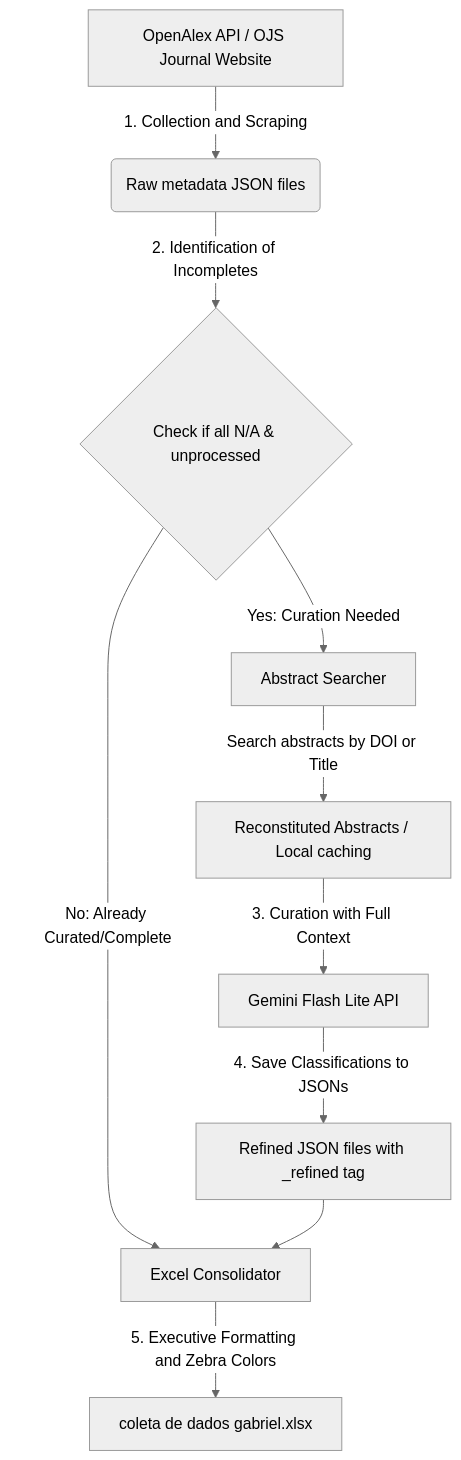
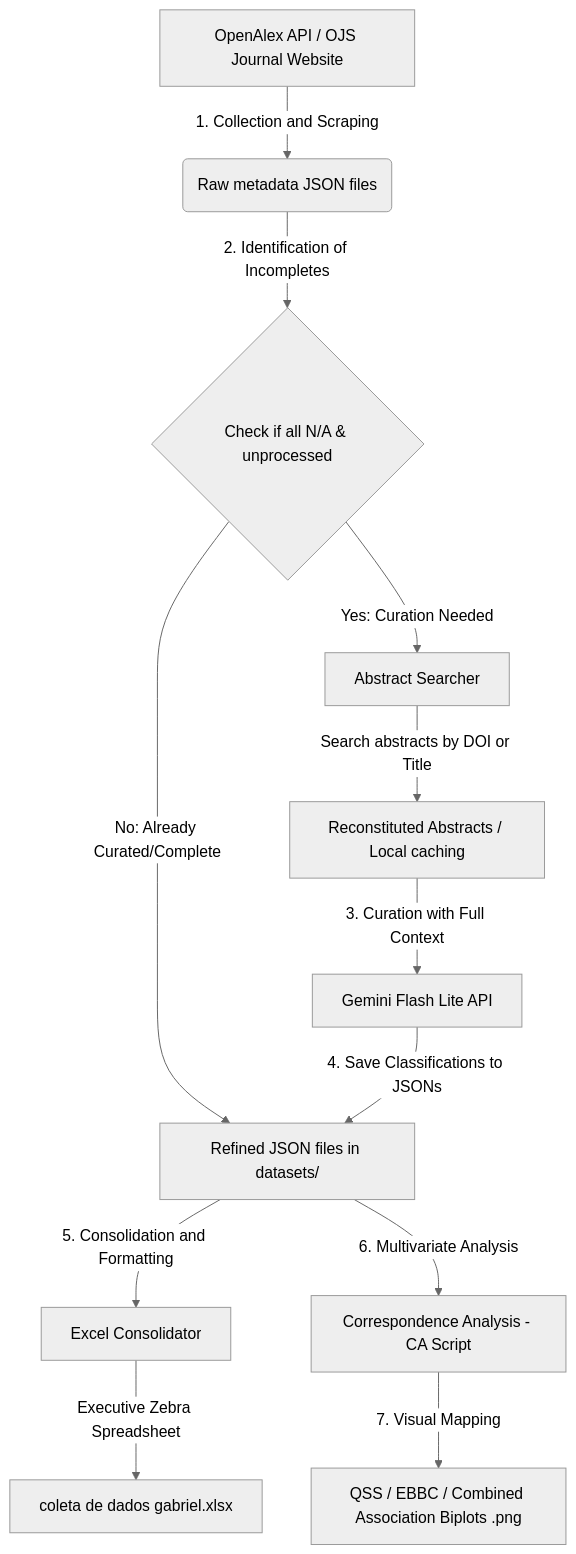
The diagram in README_EN.md (GabrielBaiano/-academic-research), drawn with Mermaid (neutral theme) before and after one commit. The commit also changed 1 other file, not shown here.

Commit message:
docs: update Mermaid diagrams to represent full pipeline with CA & biplots

````diff
--- a/README_EN.md
+++ b/README_EN.md
@@ -18,12 +18,14 @@
 ```mermaid
 graph TD
     A[OpenAlex API / OJS Journal Website] -->|1. Collection and Scraping| B(Raw metadata JSON files)
     B -->|2. Identification of Incompletes| C{Check if all N/A & unprocessed}
     C -->|Yes: Curation Needed| D[Abstract Searcher]
-    C -->|No: Already Curated/Complete| H[Excel Consolidator]
+    C -->|No: Already Curated/Complete| G[Refined JSON files in datasets/]
     D -->|Search abstracts by DOI or Title| E[Reconstituted Abstracts / Local caching]
     E -->|3. Curation with Full Context| F[Gemini Flash Lite API]
-    F -->|4. Save Classifications to JSONs| G[Refined JSON files with _refined tag]
-    G --> H
-    H -->|5. Executive Formatting and Zebra Colors| I[coleta de dados gabriel.xlsx]
+    F -->|4. Save Classifications to JSONs| G
+    G -->|5. Consolidation and Formatting| H[Excel Consolidator]
+    G -->|6. Multivariate Analysis| J[Correspondence Analysis - CA Script]
+    H -->|Executive Zebra Spreadsheet| I[coleta de dados gabriel.xlsx]
+    J -->|7. Visual Mapping| K[QSS / EBBC / Combined Association Biplots .png]
 ```
````
